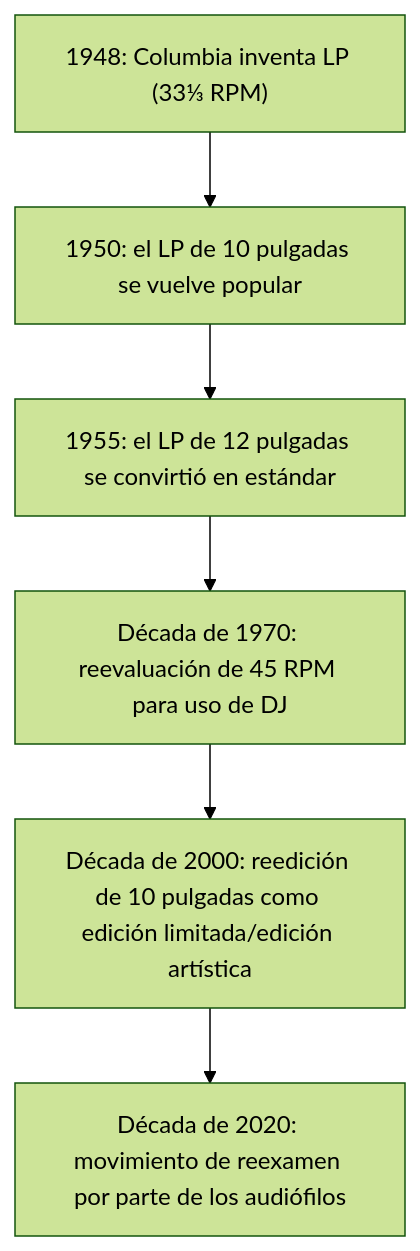
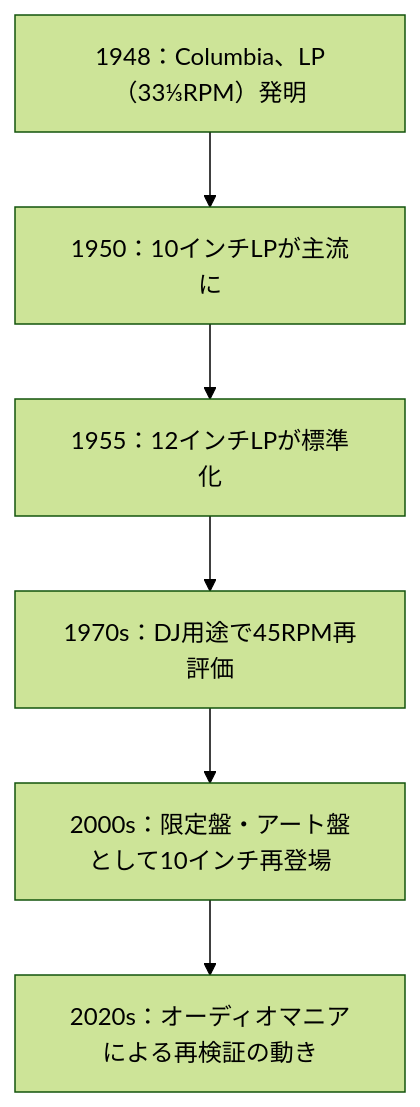
One commit to monumental-movement/monumental-movement.github.io changed the first of 3 diagrams in es/_posts/2025-10-11-Colum-10-Inch-Vinyl-Tech.md. Above: the diagram before and after it, drawn with Mermaid (forest theme). The commit also changed other lines of this file and 299 other files, not shown here.

```diff
--- a/es/_posts/2025-10-11-Colum-10-Inch-Vinyl-Tech.md
+++ b/es/_posts/2025-10-11-Colum-10-Inch-Vinyl-Tech.md
@@ -176,14 +176,14 @@
 <div class="mermaid">
 
 flowchart TD
-    A1948["1948: Columbia inventa LP (33⅓ RPM)"]
-    A1950["1950: el LP de 10 pulgadas se vuelve popular"]
-    A1955["1955: el LP de 12 pulgadas se convirtió en estándar"]
-    A1970["Década de 1970: reevaluación de 45 RPM para uso de DJ"]
-    A2000["Década de 2000: reedición de 10 pulgadas como edición limitada/edición artística"]
-    A2020["Década de 2020: movimiento de reexamen por parte de los audiófilos"]
+    A1948["1948：Columbia、LP（33⅓RPM）発明"]
+    A1950["1950：10インチLPが主流に"]
+    A1955["1955：12インチLPが標準化"]
+    A1970["1970s：DJ用途で45RPM再評価"]
+    A2000["2000s：限定盤・アート盤として10インチ再登場"]
+    A2020["2020s：オーディオマニアによる再検証の動き"]
 
     A1948 --> A1950 --> A1955 --> A1970 --> A2000 --> A2020
 
 
 </div>
```
